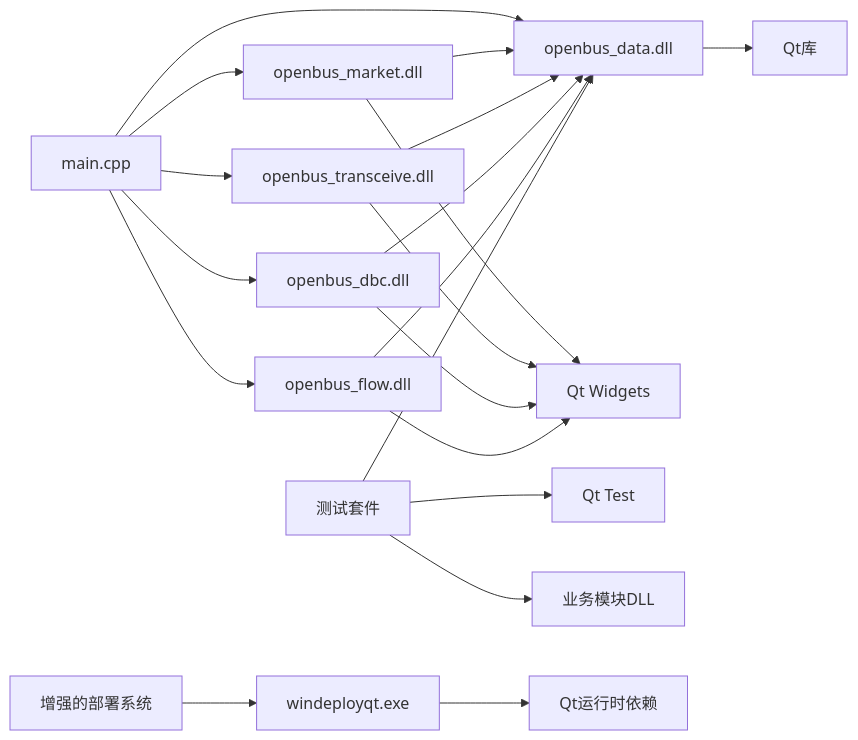
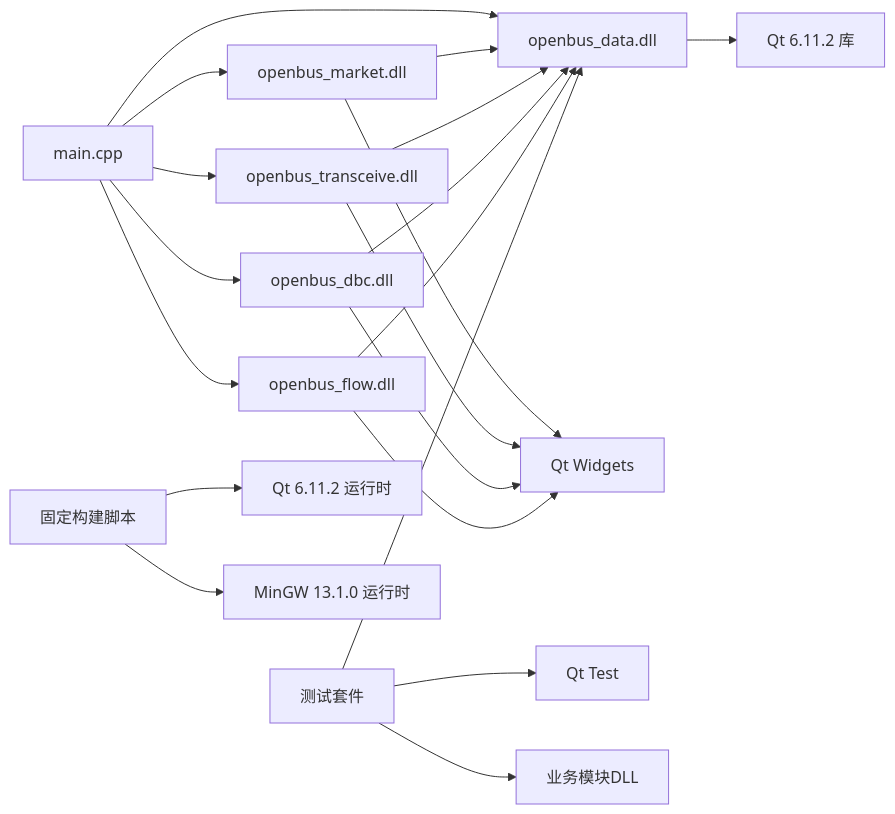
The fifth of 5 diagrams in .qoder/repowiki/zh/content/构建和部署/构建流程/构建流程.md (jakecai1225-design/OpenBus), drawn with Mermaid before and after one commit. The commit also changed other lines of this file and 11 other files, not shown here.

````diff
--- a/.qoder/repowiki/zh/content/构建和部署/构建流程/构建流程.md
+++ b/.qoder/repowiki/zh/content/构建和部署/构建流程/构建流程.md
@@ -582,22 +603,22 @@
 ```mermaid
 graph LR
 Main["main.cpp"] --> Data["openbus_data.dll"]
 Main --> Market["openbus_market.dll"]
 Main --> Transceive["openbus_transceive.dll"]
 Main --> DBC["openbus_dbc.dll"]
 Main --> Flow["openbus_flow.dll"]
-Data --> QtLibs["Qt库"]
+Data --> QtLibs["Qt 6.11.2 库"]
 Market --> Data
 Transceive --> Data
 DBC --> Data
 Flow --> Data
 Market --> QtWidgets["Qt Widgets"]
 Transceive --> QtWidgets
 DBC --> QtWidgets
 Flow --> QtWidgets
 Test["测试套件"] --> Data
 Test --> QtTest["Qt Test"]
 Test --> Business["业务模块DLL"]
-Deploy["增强的部署系统"] --> WinDeployQt["windeployqt.exe"]
-WinDeployQt --> QtRuntime["Qt运行时依赖"]
+Deploy["固定构建脚本"] --> QtRuntime["Qt 6.11.2 运行时"]
+Deploy --> MinGWRuntime["MinGW 13.1.0 运行时"]
 ```
````
